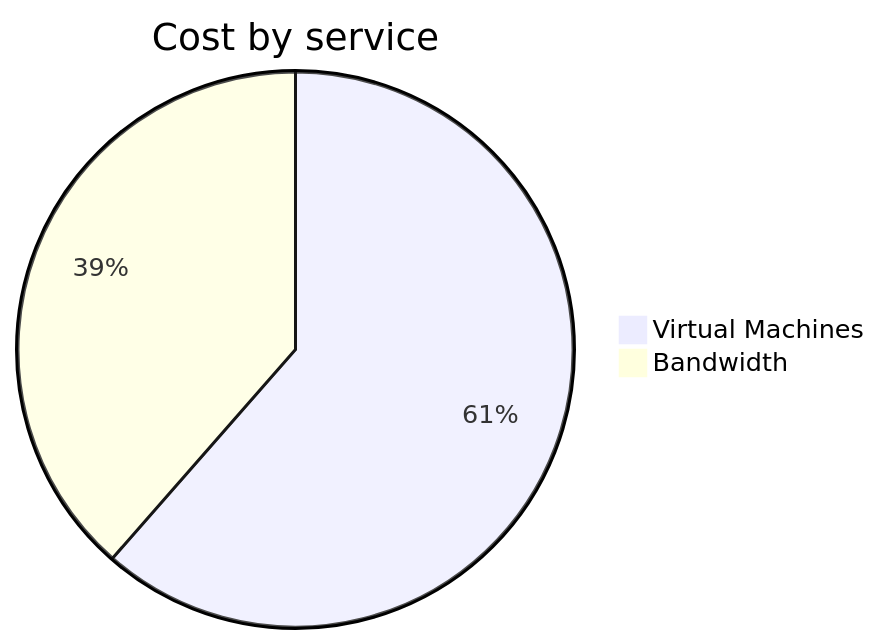
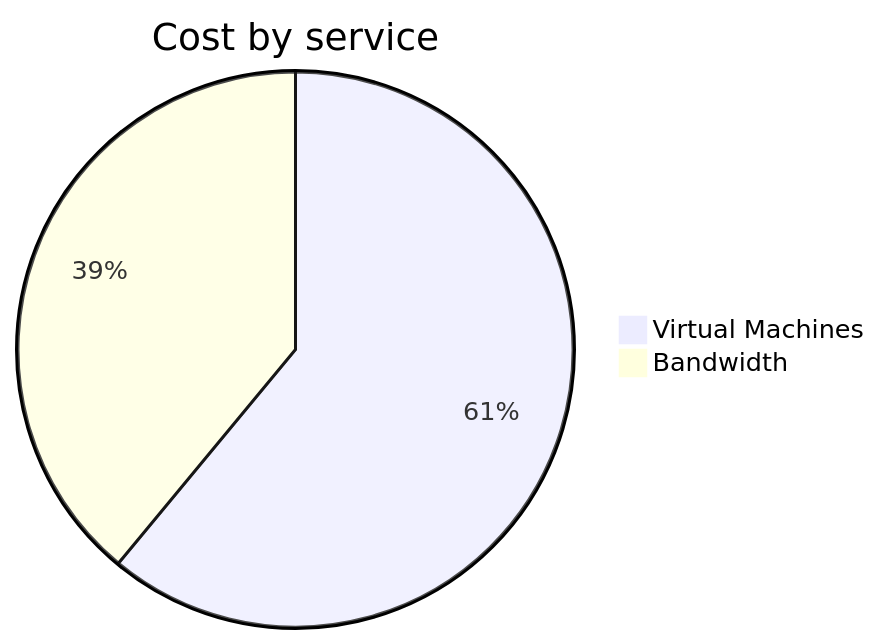
One commit to jpfulton/azure-personal-reports changed the second of 4 diagrams in cost-reports/personal-network/vpn-server.md. Above: the diagram before and after it, drawn with Mermaid. The commit also changed other lines of this file and 8 other files, not shown here.

````diff
--- a/cost-reports/personal-network/vpn-server.md
+++ b/cost-reports/personal-network/vpn-server.md
@@ -96,6 +96,6 @@
 ```mermaid
 pie
    title Cost by service
-   "Virtual Machines" : 5.15
-   "Bandwidth" : 3.23
+   "Virtual Machines" : 5.54
+   "Bandwidth" : 3.54
 ```
````
